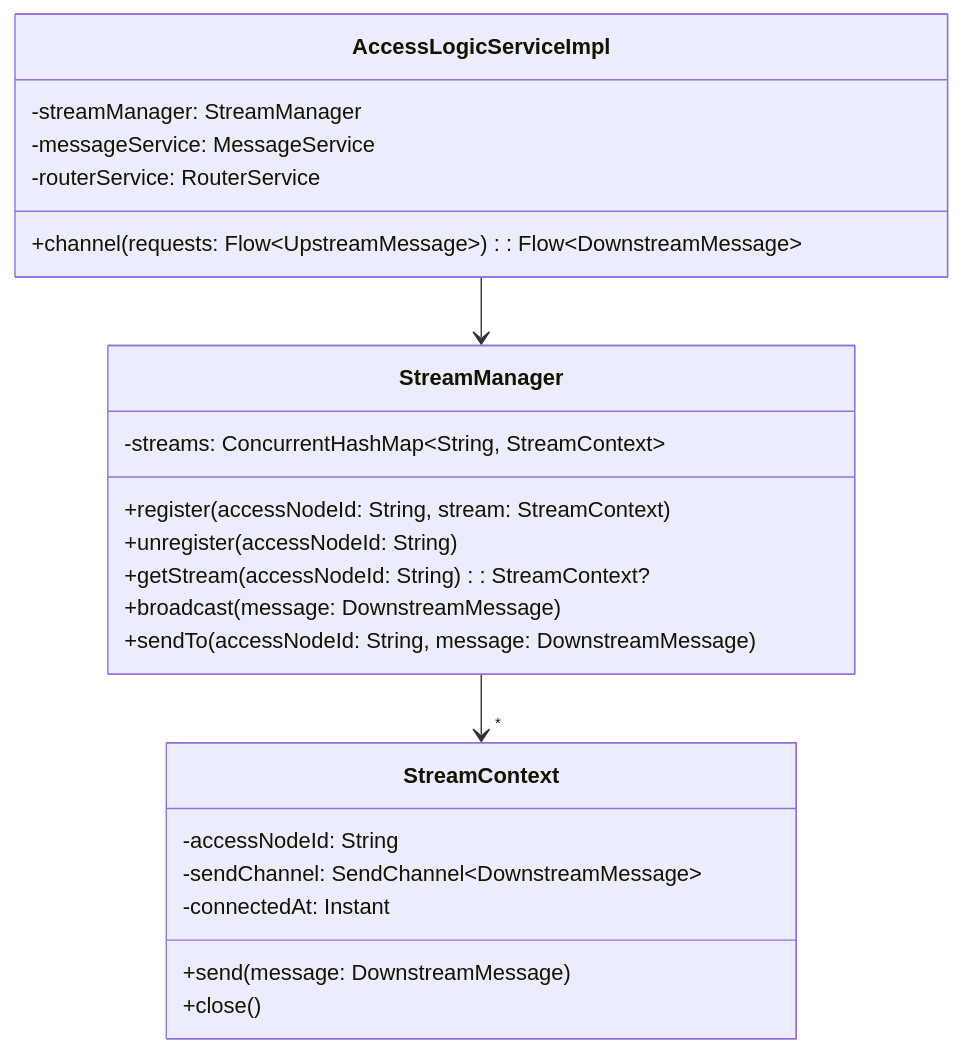
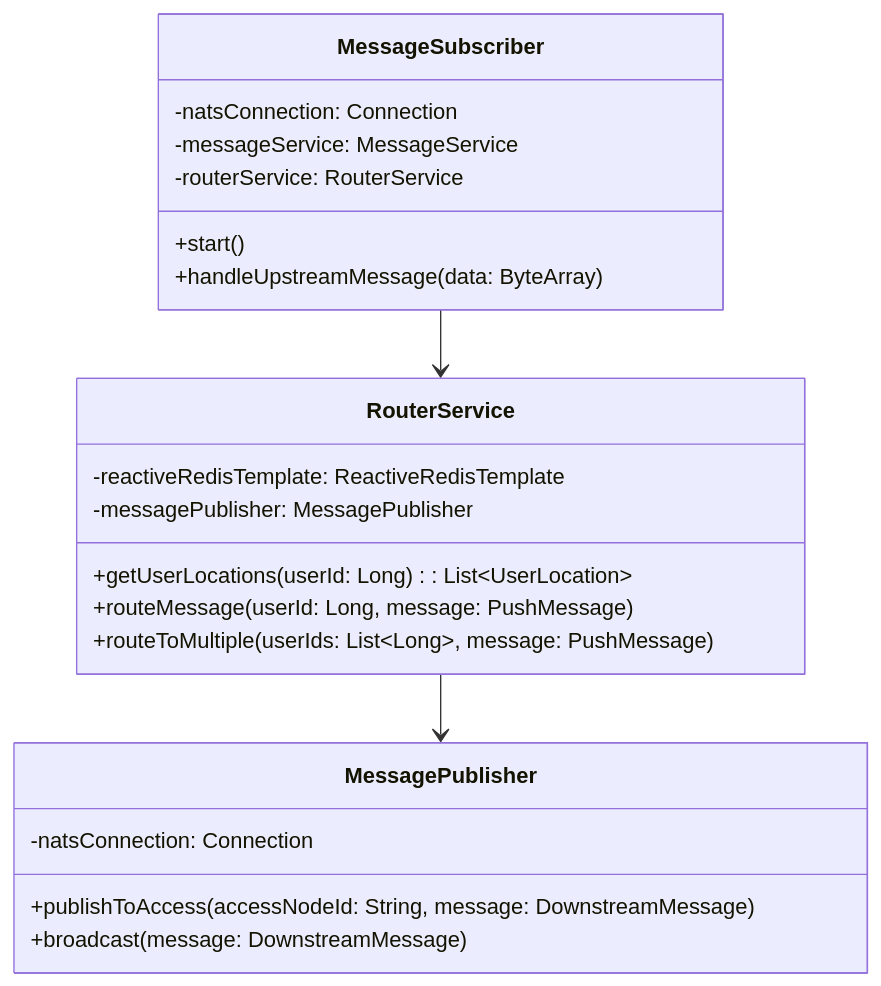
Before and after one commit to zhwillwintheworld/im-go: the third of 8 diagrams in docs/logic-layer-architecture.md, drawn with Mermaid. The commit also changed other lines of this file and 45 other files, not shown here.

Commit message:
feat: Implement initial instant messaging system with web client, Kotlin logic, and Go access layer.antigravityrules已生效, v4

````diff
--- a/docs/logic-layer-architecture.md
+++ b/docs/logic-layer-architecture.md
@@ -161,29 +158,27 @@
 ```mermaid
 classDiagram
-    class AccessLogicServiceImpl {
-        -streamManager: StreamManager
+    class MessageSubscriber {
+        -natsConnection: Connection
         -messageService: MessageService
         -routerService: RouterService
-        +channel(requests: Flow~UpstreamMessage~): Flow~DownstreamMessage~
+        +start()
+        +handleUpstreamMessage(data: ByteArray)
     }
 
-    class StreamManager {
-        -streams: ConcurrentHashMap~String, StreamContext~
-        +register(accessNodeId: String, stream: StreamContext)
-        +unregister(accessNodeId: String)
-        +getStream(accessNodeId: String): StreamContext?
+    class MessagePublisher {
+        -natsConnection: Connection
+        +publishToAccess(accessNodeId: String, message: DownstreamMessage)
         +broadcast(message: DownstreamMessage)
-        +sendTo(accessNodeId: String, message: DownstreamMessage)
     }
 
-    class StreamContext {
-        -accessNodeId: String
-        -sendChannel: SendChannel~DownstreamMessage~
-        -connectedAt: Instant
-        +send(message: DownstreamMessage)
-        +close()
+    class RouterService {
+        -reactiveRedisTemplate: ReactiveRedisTemplate
+        -messagePublisher: MessagePublisher
+        +getUserLocations(userId: Long): List~UserLocation~
+        +routeMessage(userId: Long, message: PushMessage)
+        +routeToMultiple(userIds: List~Long~, message: PushMessage)
     }
 
-    AccessLogicServiceImpl --> StreamManager
-    StreamManager --> "*" StreamContext
+    MessageSubscriber --> RouterService
+    RouterService --> MessagePublisher
 ```
````
